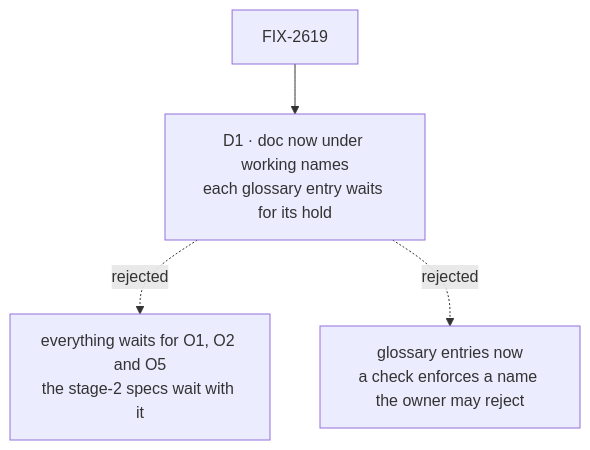
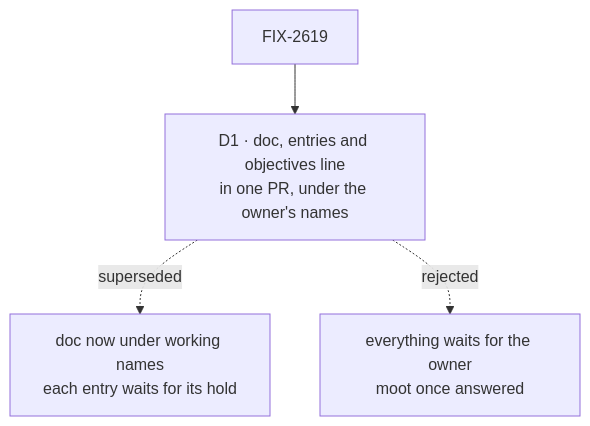
Before and after one commit to fixpoint-labs/flow-state-dev: the diagram in specs/issues/FIX-2619/DECISIONS.md, drawn with Mermaid. The commit also changed other lines of this file and 20 other files, not shown here.

First line of the commit message:
spec(FIX-2618): record the owner's decisions on O1, O2, O4, O5 and ER-8; amend FIX-2619 and FIX-2622

````diff
--- a/specs/issues/FIX-2619/DECISIONS.md
+++ b/specs/issues/FIX-2619/DECISIONS.md
@@ -12,6 +12,6 @@
 ```mermaid
 flowchart TD
-  I["FIX-2619"] --> D1["D1 · doc now under working names<br/>each glossary entry waits for its hold"]
-  D1 -.->|"rejected"| X1["everything waits for O1, O2 and O5<br/>the stage-2 specs wait with it"]
-  D1 -.->|"rejected"| X2["glossary entries now<br/>a check enforces a name the owner may reject"]
+  I["FIX-2619"] --> D1["D1 · doc, entries and objectives line<br/>in one PR, under the owner's names"]
+  D1 -.->|"superseded"| X1["doc now under working names<br/>each entry waits for its hold"]
+  D1 -.->|"rejected"| X2["everything waits for the owner<br/>moot once answered"]
 ```
````
